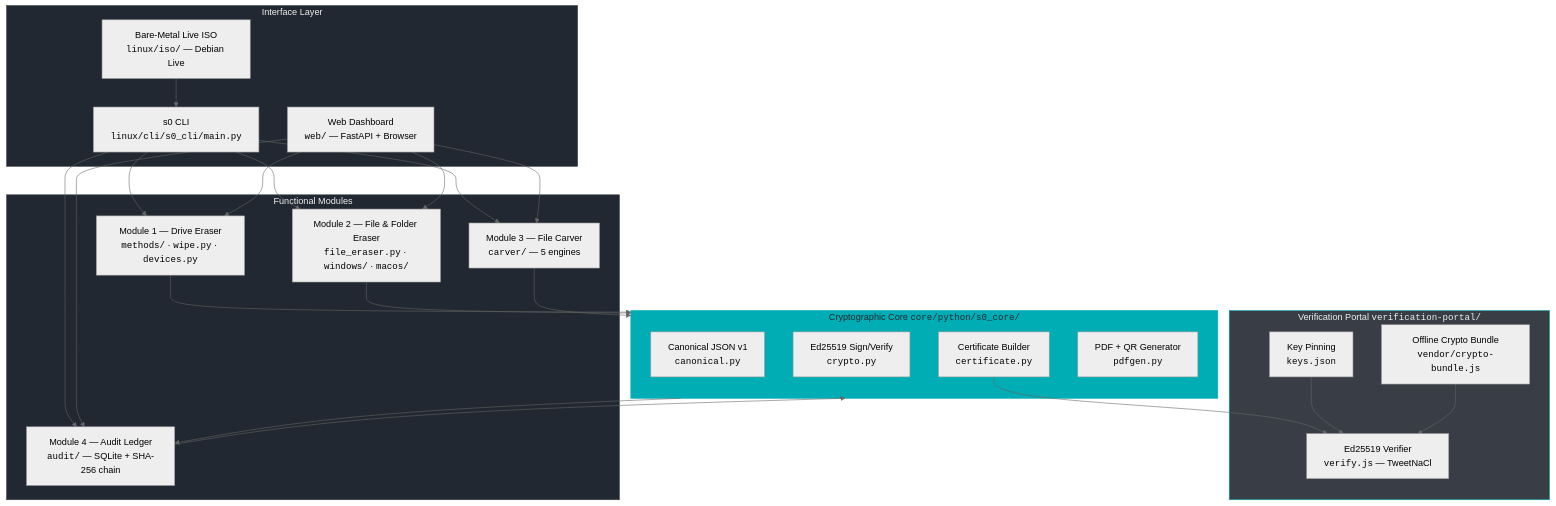
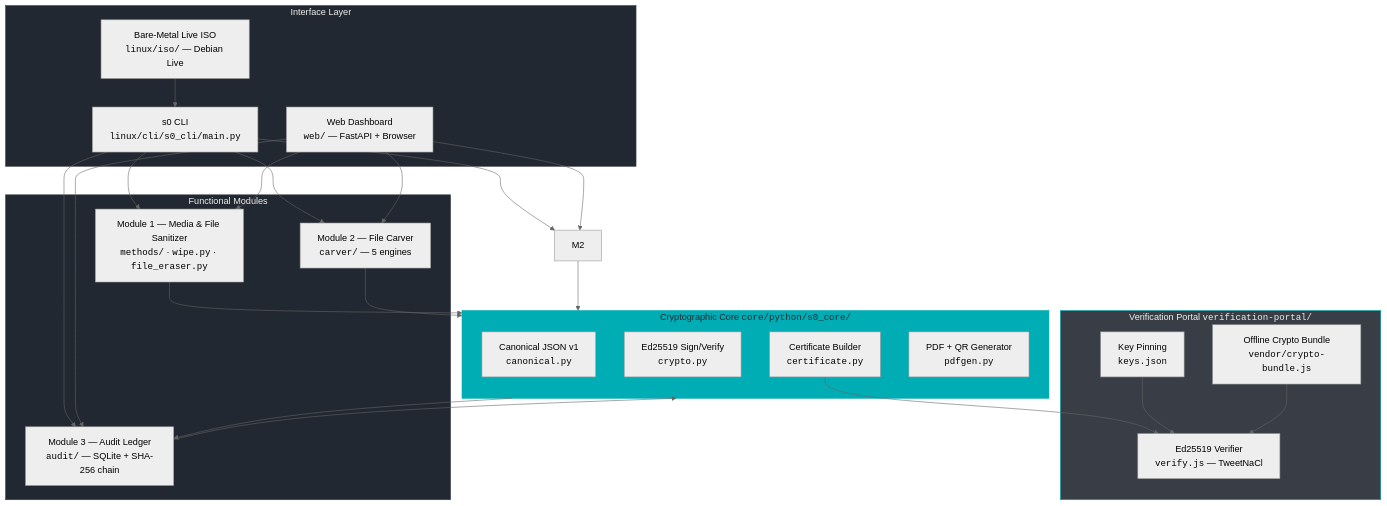
One commit to kartik2005221/s0 changed the first of 6 diagrams in docs-portal/docs/ARCHITECTURE.md. Above: the diagram before and after it, drawn with Mermaid (neutral theme). The commit also changed other lines of this file and 31 other files, not shown here.

````diff
--- a/docs-portal/docs/ARCHITECTURE.md
+++ b/docs-portal/docs/ARCHITECTURE.md
@@ -13,45 +13,44 @@
 ```mermaid
 graph TB
     subgraph UI["Interface Layer"]
         CLI["s0 CLI<br/><code>linux/cli/s0_cli/main.py</code>"]
         GUI["Web Dashboard<br/><code>web/</code> — FastAPI + Browser"]
         ISO["Bare-Metal Live ISO<br/><code>linux/iso/</code> — Debian Live"]
     end
 
     subgraph MODULES["Functional Modules"]
-        M1["Module 1 — Drive Eraser<br/><code>methods/</code> · <code>wipe.py</code> · <code>devices.py</code>"]
-        M2["Module 2 — File &amp; Folder Eraser<br/><code>file_eraser.py</code> · <code>windows/</code> · <code>macos/</code>"]
-        M3["Module 3 — File Carver<br/><code>carver/</code> — 5 engines"]
-        M4["Module 4 — Audit Ledger<br/><code>audit/</code> — SQLite + SHA-256 chain"]
+        M1["Module 1 — Media & File Sanitizer<br/><code>methods/</code> · <code>wipe.py</code> · <code>file_eraser.py</code>"]
+        M3["Module 2 — File Carver<br/><code>carver/</code> — 5 engines"]
+        M4["Module 3 — Audit Ledger<br/><code>audit/</code> — SQLite + SHA-256 chain"]
     end
 
     subgraph CORE["Cryptographic Core  <code>core/python/s0_core/</code>"]
         CANON["Canonical JSON v1<br/><code>canonical.py</code>"]
         CRYPTO["Ed25519 Sign/Verify<br/><code>crypto.py</code>"]
         CERT["Certificate Builder<br/><code>certificate.py</code>"]
         PDF["PDF + QR Generator<br/><code>pdfgen.py</code>"]
     end
 
     subgraph VERIFY["Verification Portal  <code>verification-portal/</code>"]
         VP_JS["Ed25519 Verifier<br/><code>verify.js</code> — TweetNaCl"]
         VP_KEYS["Key Pinning<br/><code>keys.json</code>"]
         VP_CRYPTO["Offline Crypto Bundle<br/><code>vendor/crypto-bundle.js</code>"]
     end
 
     CLI --> M1 & M2 & M3 & M4
     GUI --> M1 & M2 & M3 & M4
     ISO --> CLI
 
     M1 & M2 & M3 --> CORE
     M4 --> CORE
 
     CORE --> M4
     CERT --> VP_JS
     VP_KEYS --> VP_JS
     VP_CRYPTO --> VP_JS
 
     style CORE fill:#00ADB5,color:#222831,stroke:#00ADB5
     style VERIFY fill:#393E46,color:#EEEEEE,stroke:#00ADB5
     style MODULES fill:#222831,color:#EEEEEE,stroke:#393E46
     style UI fill:#222831,color:#EEEEEE,stroke:#393E46
 ```
````
